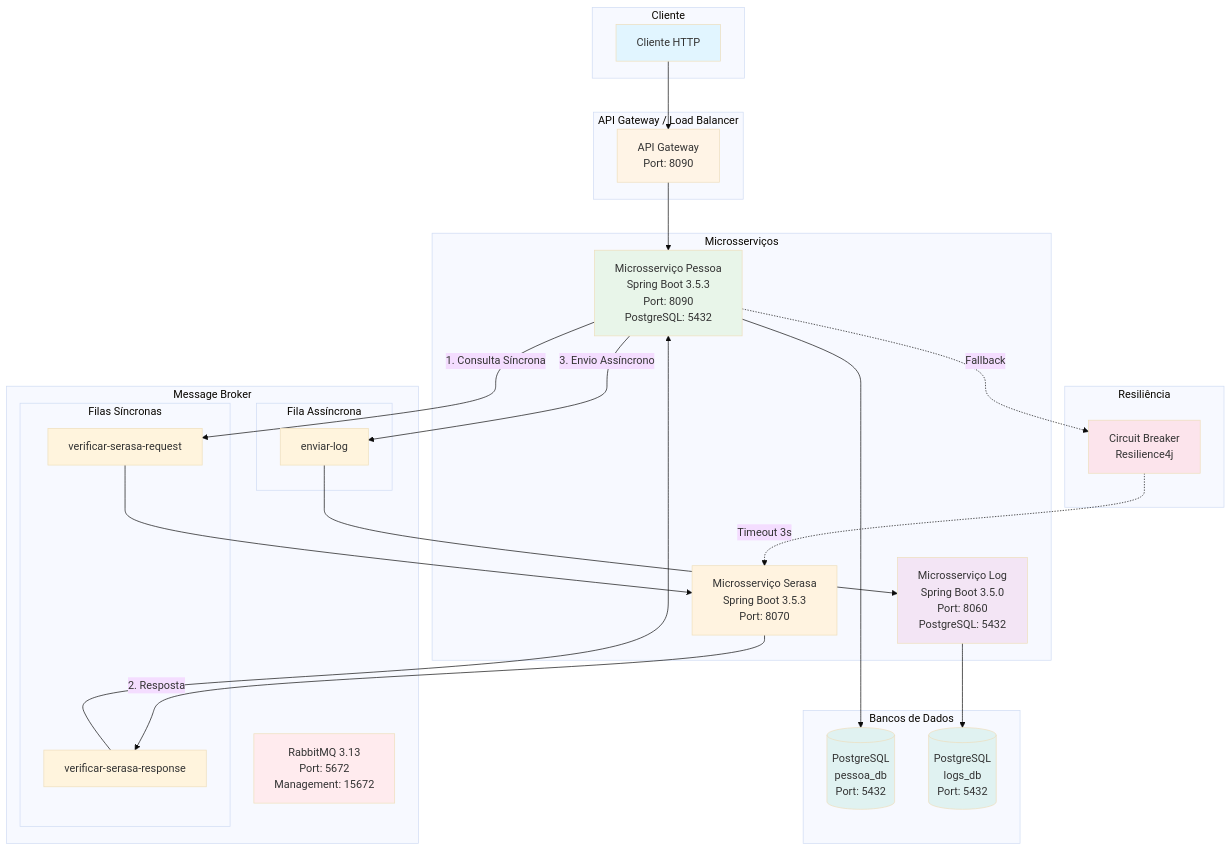
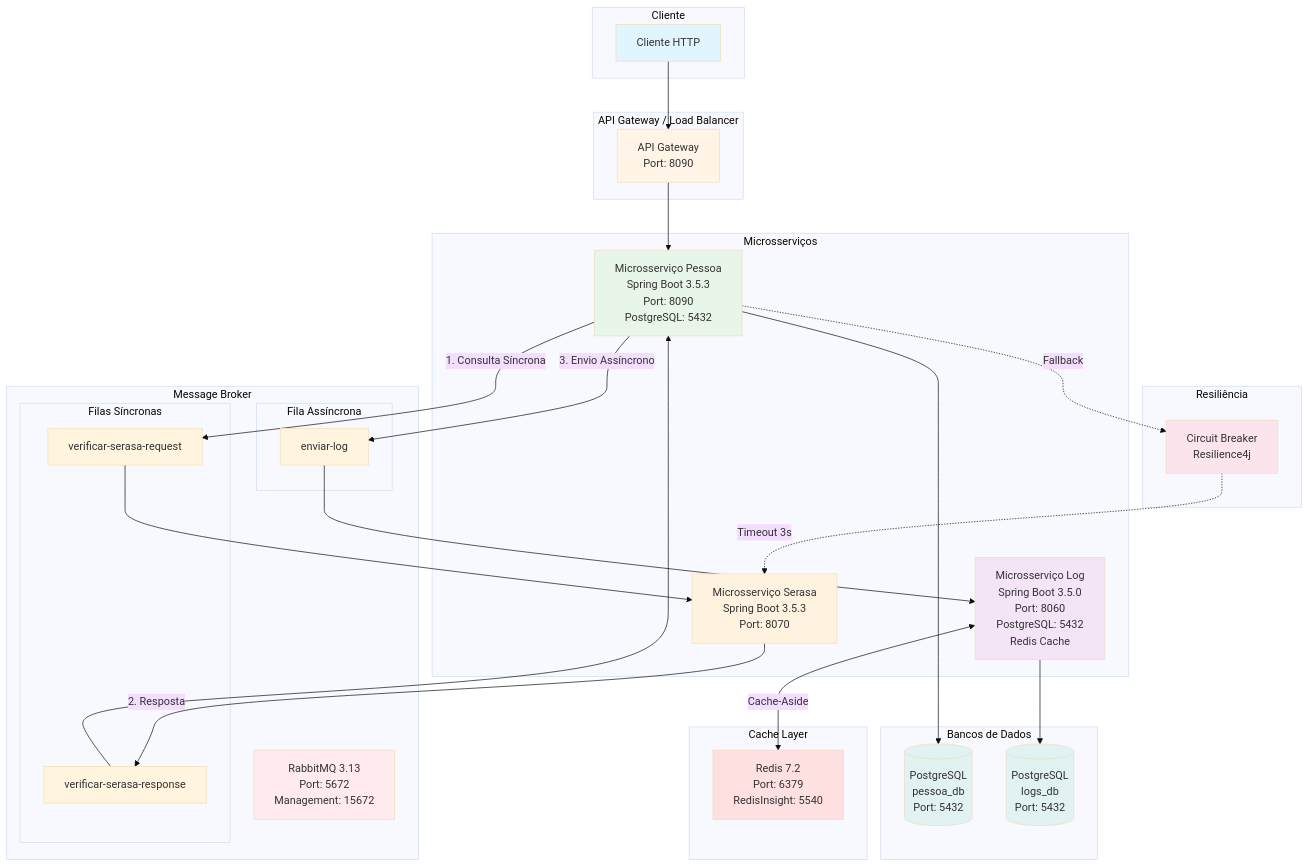
Before and after one commit to Hunkjf2/springboot-rabbitMQ-redis: the first of 5 diagrams in README.md, drawn with Mermaid (base theme). The commit also changed other lines of this file, not shown here.

Commit message:
implementação do redis

````diff
--- a/README.md
+++ b/README.md
@@ -15,65 +16,72 @@
 ```mermaid
 graph TB
     subgraph "Cliente"
         CLIENT[Cliente HTTP]
     end
 
     subgraph "API Gateway / Load Balancer"
         GATEWAY[API Gateway<br/>Port: 8090]
     end
 
     subgraph "Microsserviços"
         PESSOA[Microsserviço Pessoa<br/>Spring Boot 3.5.3<br/>Port: 8090<br/>PostgreSQL: 5432]
         SERASA[Microsserviço Serasa<br/>Spring Boot 3.5.3<br/>Port: 8070]
-        LOG[Microsserviço Log<br/>Spring Boot 3.5.0<br/>Port: 8060<br/>PostgreSQL: 5432]
+        LOG[Microsserviço Log<br/>Spring Boot 3.5.0<br/>Port: 8060<br/>PostgreSQL: 5432<br/>Redis Cache]
     end
 
     subgraph "Message Broker"
         RABBITMQ[RabbitMQ 3.13<br/>Port: 5672<br/>Management: 15672]
         
         subgraph "Filas Síncronas"
             QUEUE_REQ[verificar-serasa-request]
             QUEUE_RES[verificar-serasa-response]
         end
         
         subgraph "Fila Assíncrona"
             QUEUE_LOG[enviar-log]
         end
+    end
+
+    subgraph "Cache Layer"
+        REDIS[Redis 7.2<br/>Port: 6379<br/>RedisInsight: 5540]
     end
 
     subgraph "Bancos de Dados"
         DB_PESSOA[(PostgreSQL<br/>pessoa_db<br/>Port: 5432)]
         DB_LOG[(PostgreSQL<br/>logs_db<br/>Port: 5432)]
     end
 
     subgraph "Resiliência"
         CB[Circuit Breaker<br/>Resilience4j]
     end
 
     CLIENT --> GATEWAY
     GATEWAY --> PESSOA
     
     PESSOA -->|1. Consulta Síncrona| QUEUE_REQ
     QUEUE_REQ --> SERASA
     SERASA -->|2. Resposta| QUEUE_RES
     QUEUE_RES --> PESSOA
     
     PESSOA -->|3. Envio Assíncrono| QUEUE_LOG
     QUEUE_LOG --> LOG
     
+    LOG <-->|Cache-Aside| REDIS
+    
     PESSOA --> DB_PESSOA
     LOG --> DB_LOG
     
     PESSOA -.->|Fallback| CB
     CB -.->|Timeout 3s| SERASA
 
     style CLIENT fill:#e1f5ff
     style GATEWAY fill:#fff4e6
     style PESSOA fill:#e8f5e9
     style SERASA fill:#fff3e0
     style LOG fill:#f3e5f5
     style RABBITMQ fill:#ffebee
+    style REDIS fill:#ffe0e0
     style DB_PESSOA fill:#e0f2f1
     style DB_LOG fill:#e0f2f1
     style CB fill:#fce4ec
 ```
````
